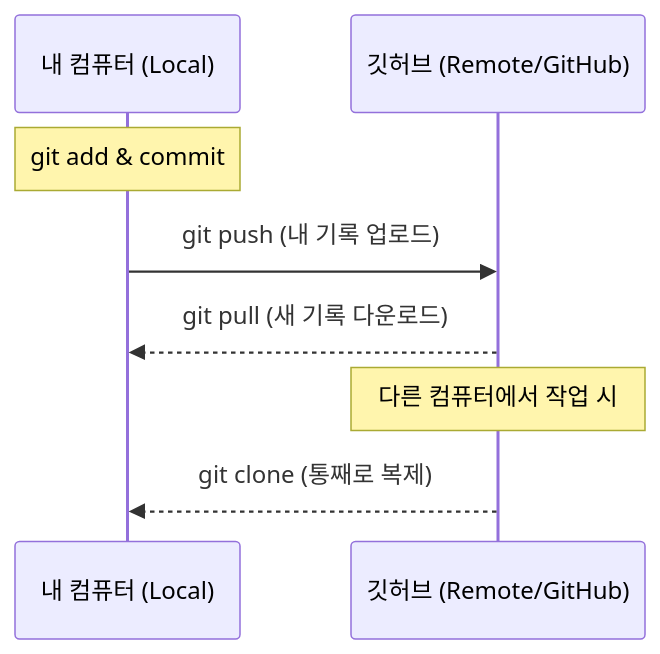
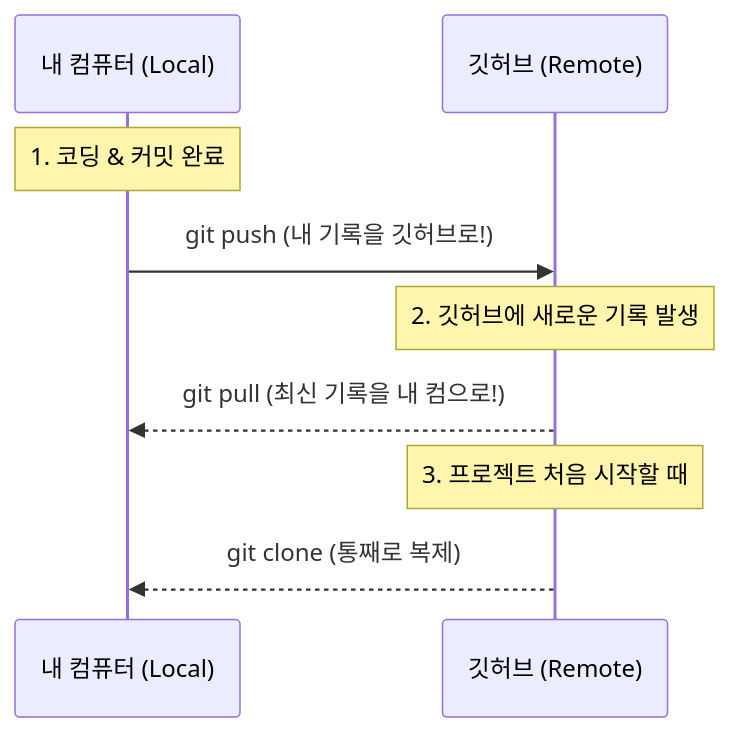
One commit to pr0ved99/TIL changed the diagram in CS/Git/3_remote_push_pull.md. Above: the diagram before and after it, drawn with Mermaid. The commit also changed other lines of this file and 4 other files, not shown here.

````diff
--- a/CS/Git/3_remote_push_pull.md
+++ b/CS/Git/3_remote_push_pull.md
@@ -49,12 +52,14 @@
 ```mermaid
 sequenceDiagram
     participant PC as 내 컴퓨터 (Local)
-    participant GH as 깃허브 (Remote/GitHub)
+    participant GH as 깃허브 (Remote)
 
-    Note over PC: git add & commit
-    PC->>GH: git push (내 기록 업로드)
-    GH-->>PC: git pull (새 기록 다운로드)
+    Note over PC: 1. 코딩 & 커밋 완료
+    PC->>GH: git push (내 기록을 깃허브로!)
     
-    Note over GH: 다른 컴퓨터에서 작업 시
+    Note over GH: 2. 깃허브에 새로운 기록 발생
+    GH-->>PC: git pull (최신 기록을 내 컴으로!)
+    
+    Note over GH: 3. 프로젝트 처음 시작할 때
     GH-->>PC: git clone (통째로 복제)
 ```
````
